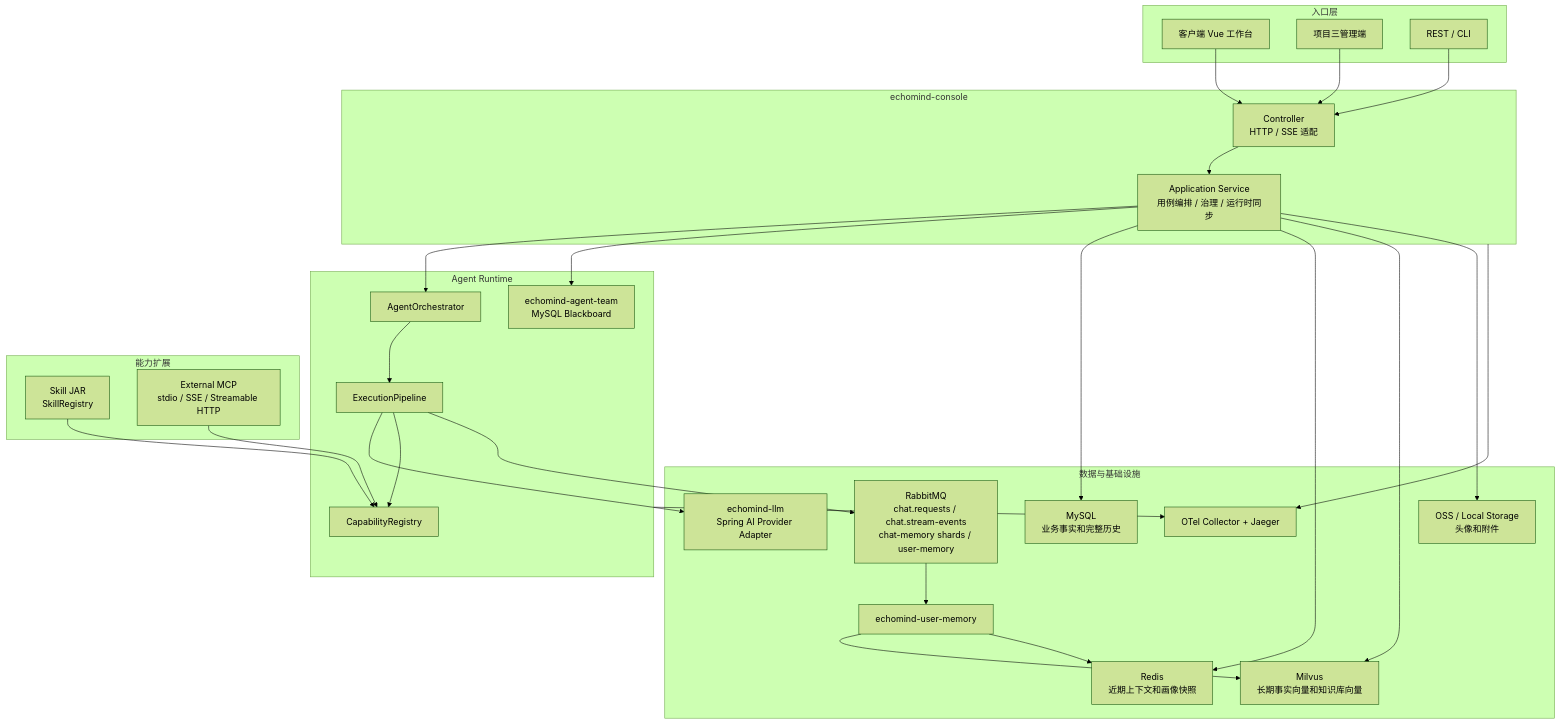
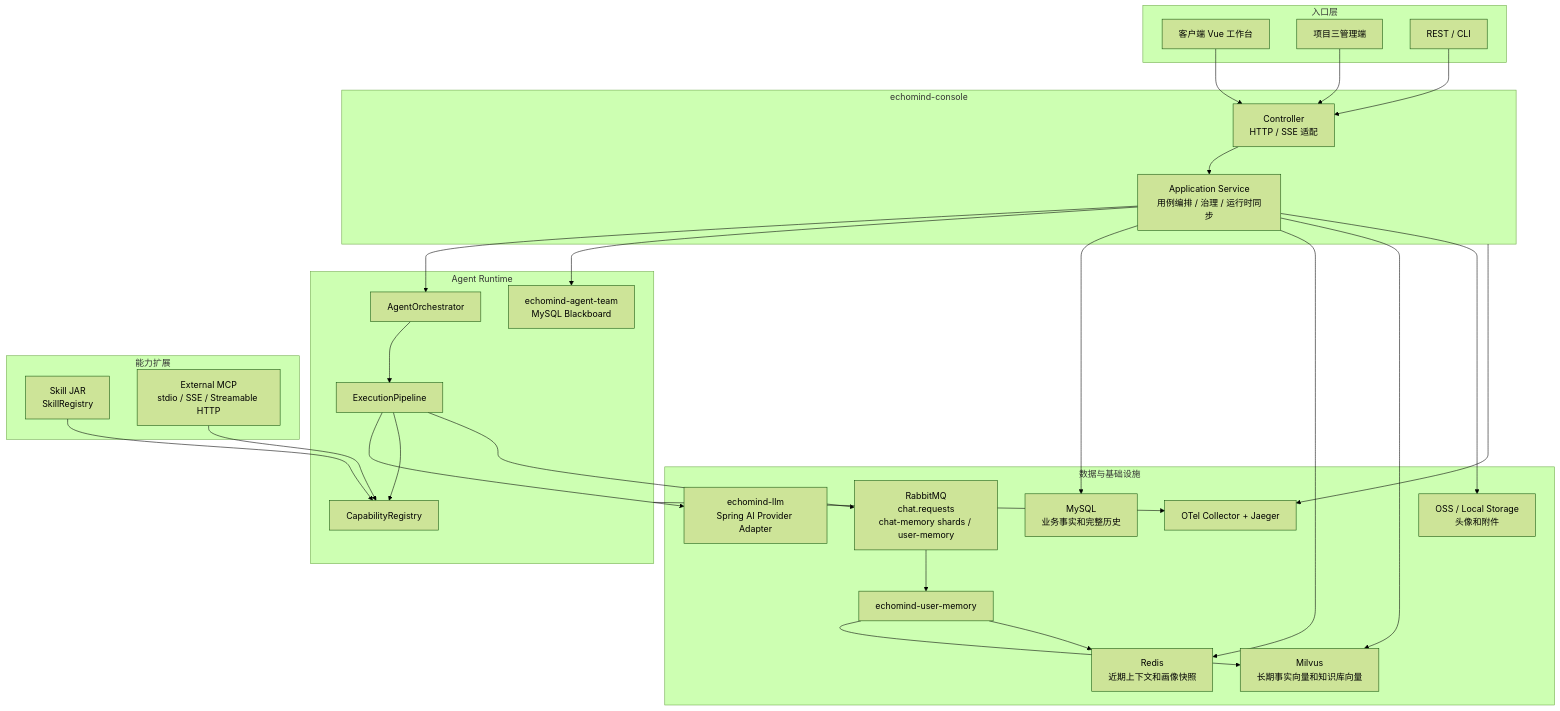
One commit to kaiyue-ai/EchoMind changed the diagram in docs/harness/AGENTS.md. Above: the diagram before and after it, drawn with Mermaid (forest theme). The commit also changed other lines of this file and 14 other files, not shown here.

````diff
--- a/docs/harness/AGENTS.md
+++ b/docs/harness/AGENTS.md
@@ -22,58 +22,58 @@
 ```mermaid
 flowchart TB
     subgraph Entry["入口层"]
         Client["客户端 Vue 工作台"]
         Admin["项目三管理端"]
         API["REST / CLI"]
     end
 
     subgraph Console["echomind-console"]
         Controller["Controller<br/>HTTP / SSE 适配"]
         Service["Application Service<br/>用例编排 / 治理 / 运行时同步"]
     end
 
     subgraph AgentRuntime["Agent Runtime"]
         Orchestrator["AgentOrchestrator"]
         Pipeline["ExecutionPipeline"]
         Capability["CapabilityRegistry"]
         Team["echomind-agent-team<br/>MySQL Blackboard"]
     end
 
     subgraph Extension["能力扩展"]
         Skills["Skill JAR<br/>SkillRegistry"]
         ExternalMcp["External MCP<br/>stdio / SSE / Streamable HTTP"]
     end
 
     subgraph DataAndInfra["数据与基础设施"]
         LLM["echomind-llm<br/>Spring AI Provider Adapter"]
         MySQL["MySQL<br/>业务事实和完整历史"]
         Redis["Redis<br/>近期上下文和画像快照"]
         Milvus["Milvus<br/>长期事实向量和知识库向量"]
-        Rabbit["RabbitMQ<br/>chat.requests / chat.stream-events<br/>chat-memory shards / user-memory"]
+        Rabbit["RabbitMQ<br/>chat.requests<br/>chat-memory shards / user-memory"]
         ObjectStore["OSS / Local Storage<br/>头像和附件"]
         Observability["OTel Collector + Jaeger"]
         UserMemory["echomind-user-memory"]
     end
 
     Client --> Controller
     Admin --> Controller
     API --> Controller
     Controller --> Service
     Service --> Orchestrator
     Service --> Team
     Orchestrator --> Pipeline
     Pipeline --> LLM
     Pipeline --> Capability
     Skills --> Capability
     ExternalMcp --> Capability
     Pipeline --> Rabbit
     Rabbit --> UserMemory
     UserMemory --> Milvus
     UserMemory --> Redis
     Service --> MySQL
     Service --> Redis
     Service --> Milvus
     Service --> ObjectStore
     Console --> Observability
     AgentRuntime --> Observability
 ```
````
